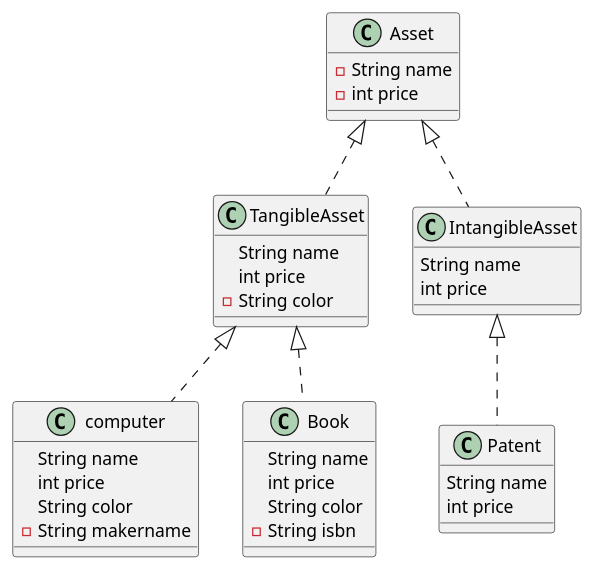
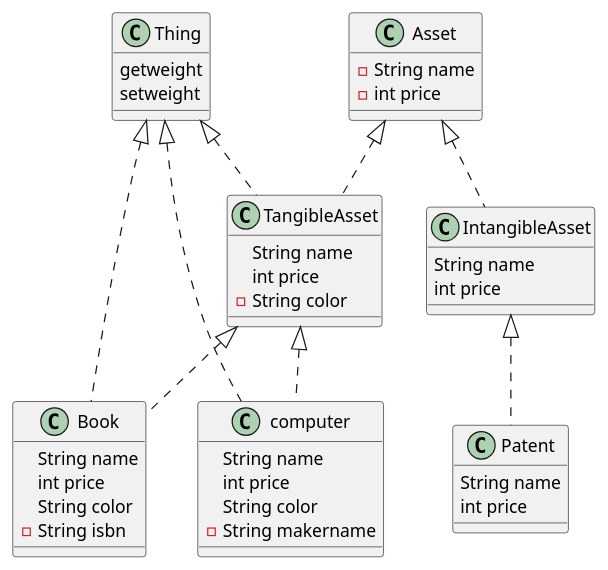
Before and after one commit to SurvivalCodingCampus/gangnam3-java-oop: the diagram in src/main/java/Jasan/don.puml, drawn with PlantUML. The commit also changed 1 other file, not shown here.

```diff
--- a/src/main/java/Jasan/don.puml
+++ b/src/main/java/Jasan/don.puml
@@ -1,46 +1,55 @@
 @startuml
 'https://plantuml.com/class-diagram
 
 class TangibleAsset {
 String name
 int price
 - String color
 }
 
 class computer {
 String name
 int price
 String color
 - String makername
 
 }
 
 class Book {
 String name
 int price
 String color
 -String isbn
 }
 
 class Asset {
 - String name
 - int price
 }
 
 class IntangibleAsset {
 String name
 int price
 }
 
 class Patent {
 String name
 int price
 }
 
+class Thing {
+getweight
+setweight
+}
+
+
+Thing <|..Book
+Thing <|..computer
+Thing <|..TangibleAsset
 IntangibleAsset <|.. Patent
 Asset <|..IntangibleAsset
 Asset <|..TangibleAsset
 TangibleAsset <|..Book
 TangibleAsset <|.. computer
 
 @enduml
```
